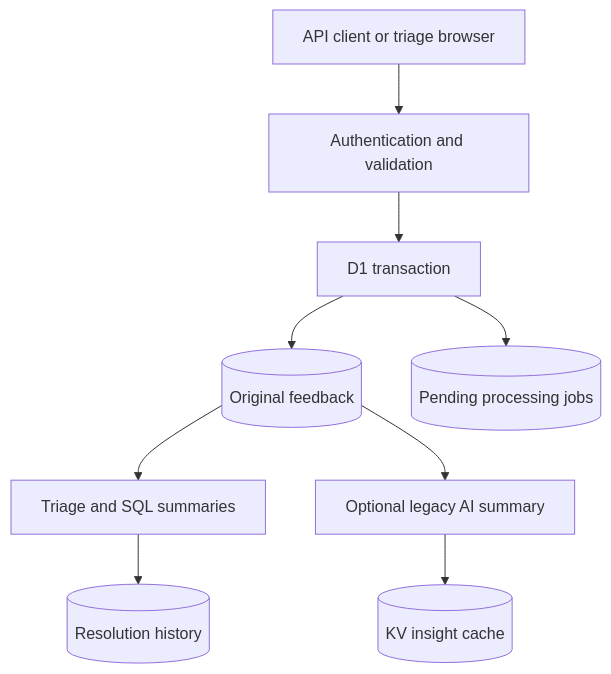
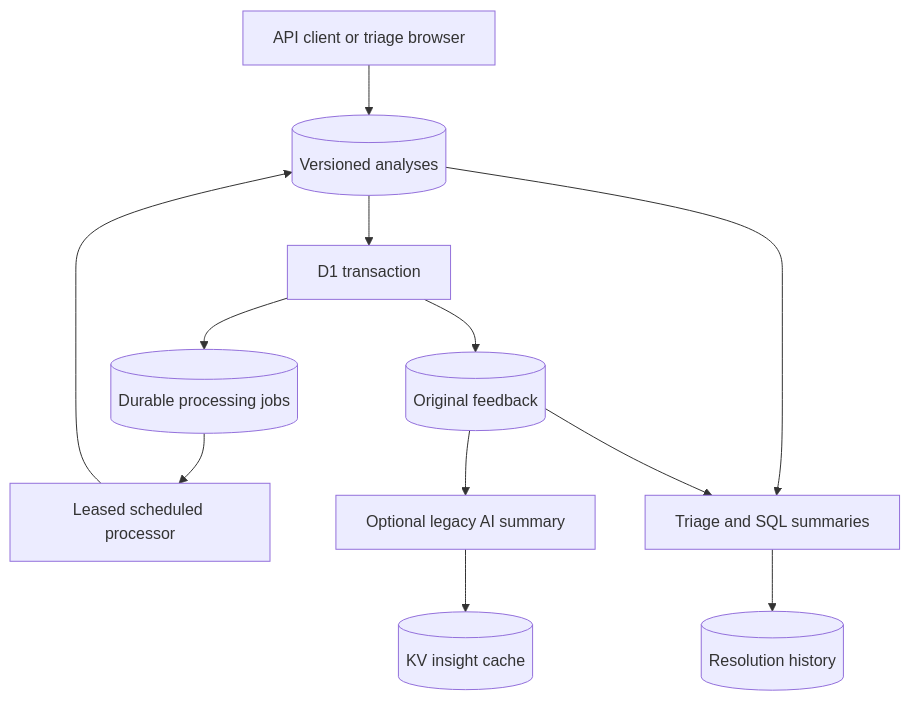
One commit to Albert-bit07/feedback-analyzer changed the diagram in README.md. Above: the diagram before and after it, drawn with Mermaid. The commit also changed other lines of this file and 10 other files, not shown here.

Commit message:
Process durable feedback jobs with fenced leases and versioned analysis (#6)

````diff
--- a/README.md
+++ b/README.md
@@ -9,11 +9,14 @@
 ```mermaid
 flowchart TD
   C[API client or triage browser] --> A[Authentication and validation]
   A --> T[D1 transaction]
   T --> F[(Original feedback)]
-  T --> J[(Pending processing jobs)]
+  T --> J[(Durable processing jobs)]
+  J --> P[Leased scheduled processor]
+  P --> A[(Versioned analyses)]
+  A --> V
   F --> V[Triage and SQL summaries]
   V --> H[(Resolution history)]
   F --> I[Optional legacy AI summary]
   I --> K[(KV insight cache)]
 ```
````
